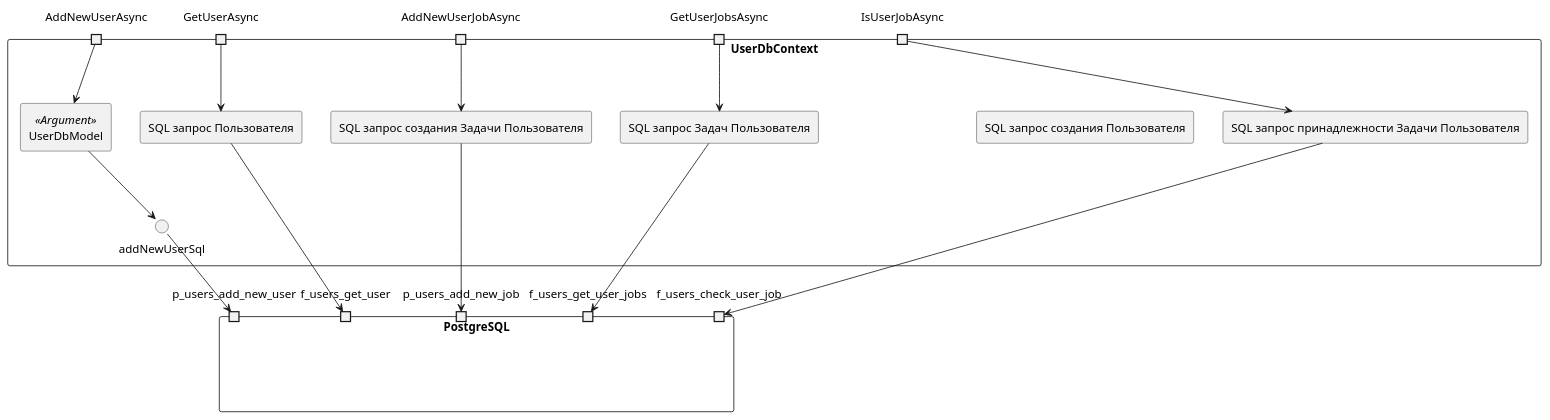
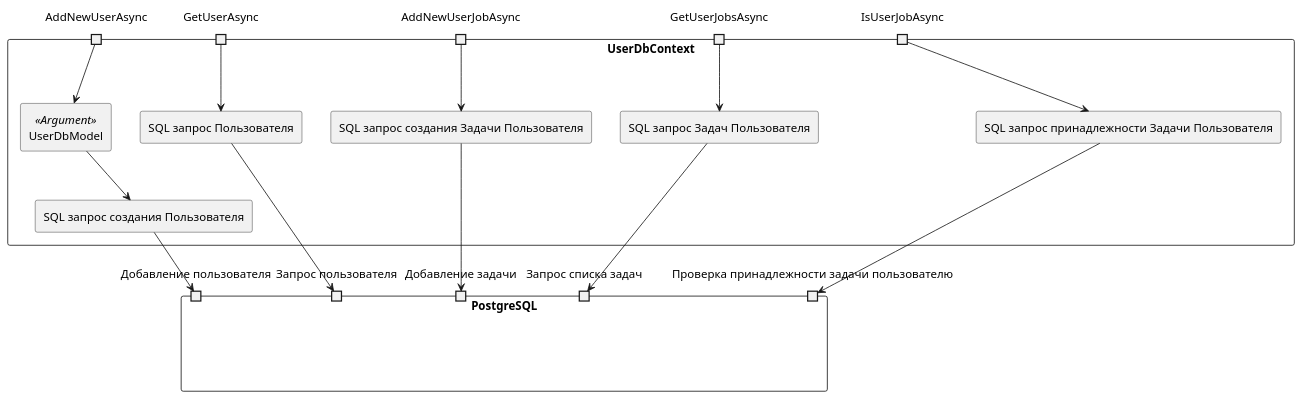
The diagram in docs/diagrams/structure/User.Database.puml (mrypdm/JobSystem), drawn with PlantUML before and after one commit. The commit also changed 5 other files, not shown here.

```diff
--- a/docs/diagrams/structure/User.Database.puml
+++ b/docs/diagrams/structure/User.Database.puml
@@ -1,43 +1,43 @@
 @startuml UserDbContext
 skinparam componentStyle rectangle
 skinparam linetype polyline
 
 component PostgreSQL {
-    portin p_users_add_new_user
-    portin f_users_get_user
-    portin p_users_add_new_job
-    portin f_users_get_user_jobs
-    portin f_users_check_user_job
+    portin "Добавление пользователя" as p_users_add_new_user
+    portin "Запрос пользователя" as f_users_get_user
+    portin "Добавление задачи" as p_users_add_new_job
+    portin "Запрос списка задач" as f_users_get_user_jobs
+    portin "Проверка принадлежности задачи пользователю" as f_users_check_user_job
 }
 
 component UserDbContext {
     portin AddNewUserAsync
-    [SQL запрос создания Пользователя]
+    [SQL запрос создания Пользователя] as addNewUserSql
     [UserDbModel] << Argument >>
     AddNewUserAsync --> UserDbModel
     UserDbModel --> addNewUserSql
 
     portin GetUserAsync
     [SQL запрос Пользователя] as getUserSql
     GetUserAsync --> getUserSql
 
     portin AddNewUserJobAsync
     [SQL запрос создания Задачи Пользователя] as addNewJobSql
     AddNewUserJobAsync --> addNewJobSql
 
     portin GetUserJobsAsync
     [SQL запрос Задач Пользователя] as getJobsSql
     GetUserJobsAsync --> getJobsSql
 
     portin IsUserJobAsync
     [SQL запрос принадлежности Задачи Пользователя] as checkJobSql
     IsUserJobAsync --> checkJobSql
 }
 
 addNewUserSql --> p_users_add_new_user
 getUserSql --> f_users_get_user
 addNewJobSql --> p_users_add_new_job
 getJobsSql --> f_users_get_user_jobs
 checkJobSql --> f_users_check_user_job
 
 @enduml
```
